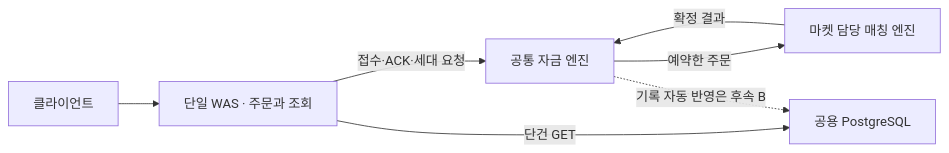
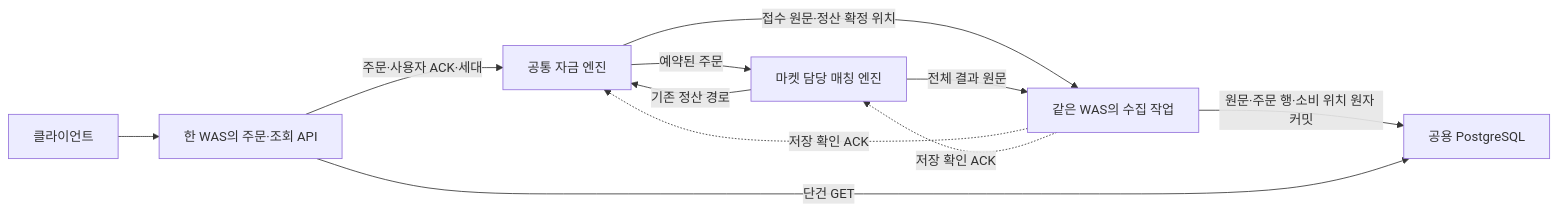
One commit to 0Chord/coin-exchange changed the diagram in engineering/order-query-foundation-review.md. Above: the diagram before and after it, drawn with Mermaid. The commit also changed other lines of this file and 6 other files, not shown here.

````diff
--- a/engineering/order-query-foundation-review.md
+++ b/engineering/order-query-foundation-review.md
@@ -7,9 +7,13 @@
 ```mermaid
 flowchart LR
-    Client["클라이언트"] --> WAS["단일 WAS · 주문과 조회"]
-    WAS -->|"접수·ACK·세대 요청"| Funds["공통 자금 엔진"]
-    Funds -->|"예약한 주문"| Matching["마켓 담당 매칭 엔진"]
-    Matching -->|"확정 결과"| Funds
-    WAS -->|"단건 GET"| DB["공용 PostgreSQL"]
-    Funds -.->|"기록 자동 반영은 후속 B"| DB
+    Client["클라이언트"] --> WAS["한 WAS의 주문·조회 API"]
+    WAS -->|"주문·사용자 ACK·세대"| Funds["공통 자금 엔진"]
+    Funds -->|"예약된 주문"| Matching["마켓 담당 매칭 엔진"]
+    Matching -->|"기존 정산 경로"| Funds
+    Funds -->|"접수 원문·정산 확정 위치"| Feed["같은 WAS의 수집 작업"]
+    Matching -->|"전체 결과 원문"| Feed
+    Feed -->|"원문·주문 행·소비 위치 원자 커밋"| DB["공용 PostgreSQL"]
+    Feed -.->|"저장 확인 ACK"| Funds
+    Feed -.->|"저장 확인 ACK"| Matching
+    WAS -->|"단건 GET"| DB
 ```
````
